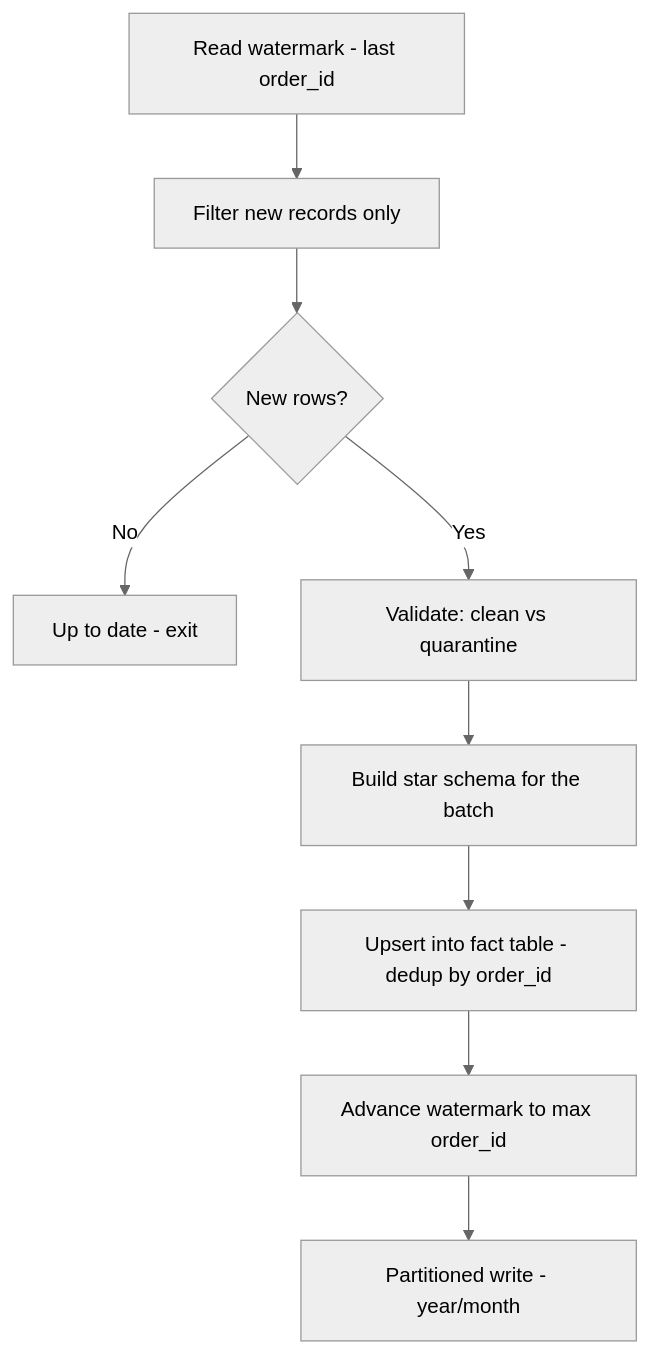
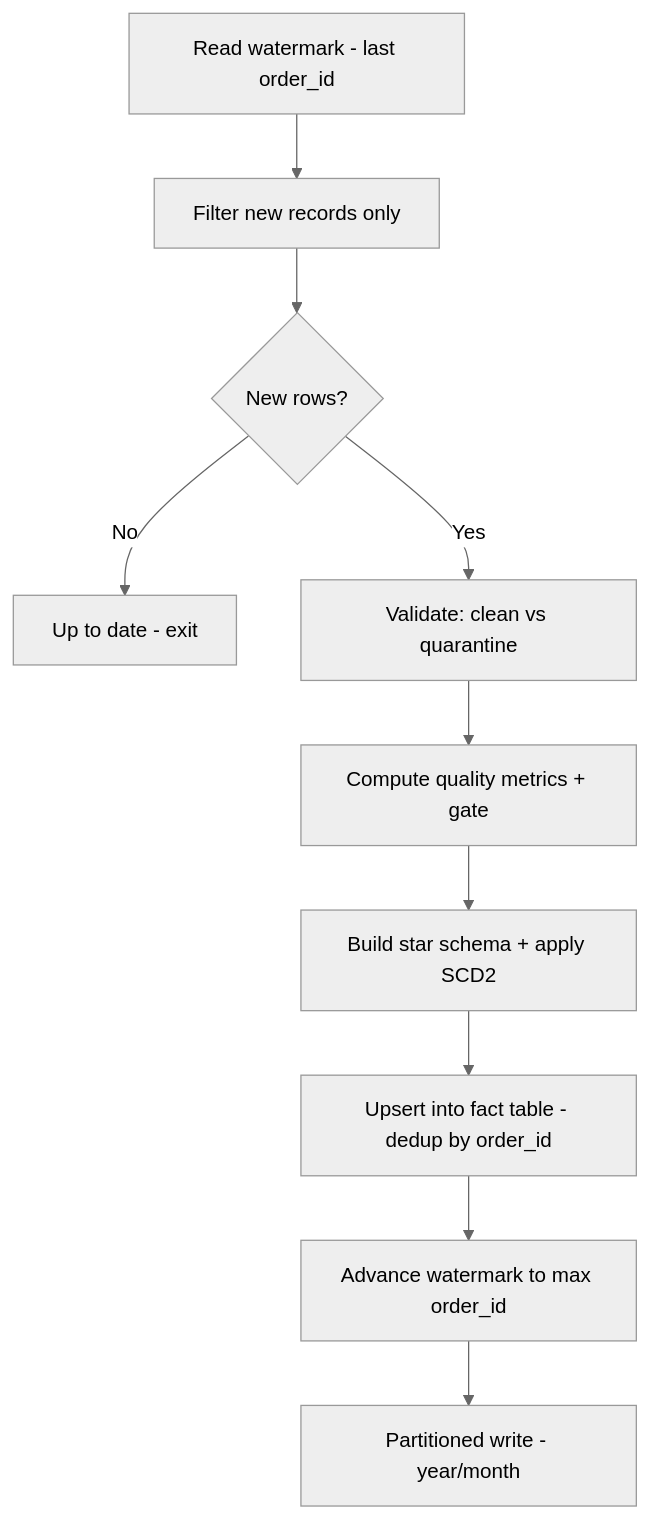
The second of 2 diagrams in README.md (siriscent7/dataforge), drawn with Mermaid (neutral theme) before and after one commit. The commit also changed other lines of this file, not shown here.

Commit message:
Update README: SCD Type 2 + data-quality metrics

````diff
--- a/README.md
+++ b/README.md
@@ -36,11 +39,12 @@
 ```mermaid
 flowchart TD
     A[Read watermark - last order_id] --> B[Filter new records only]
     B --> C{New rows?}
     C -->|No| D[Up to date - exit]
     C -->|Yes| E[Validate: clean vs quarantine]
-    E --> F[Build star schema for the batch]
+    E --> M[Compute quality metrics + gate]
+    M --> F[Build star schema + apply SCD2]
     F --> G[Upsert into fact table - dedup by order_id]
     G --> H[Advance watermark to max order_id]
     H --> I[Partitioned write - year/month]
 ```
````
